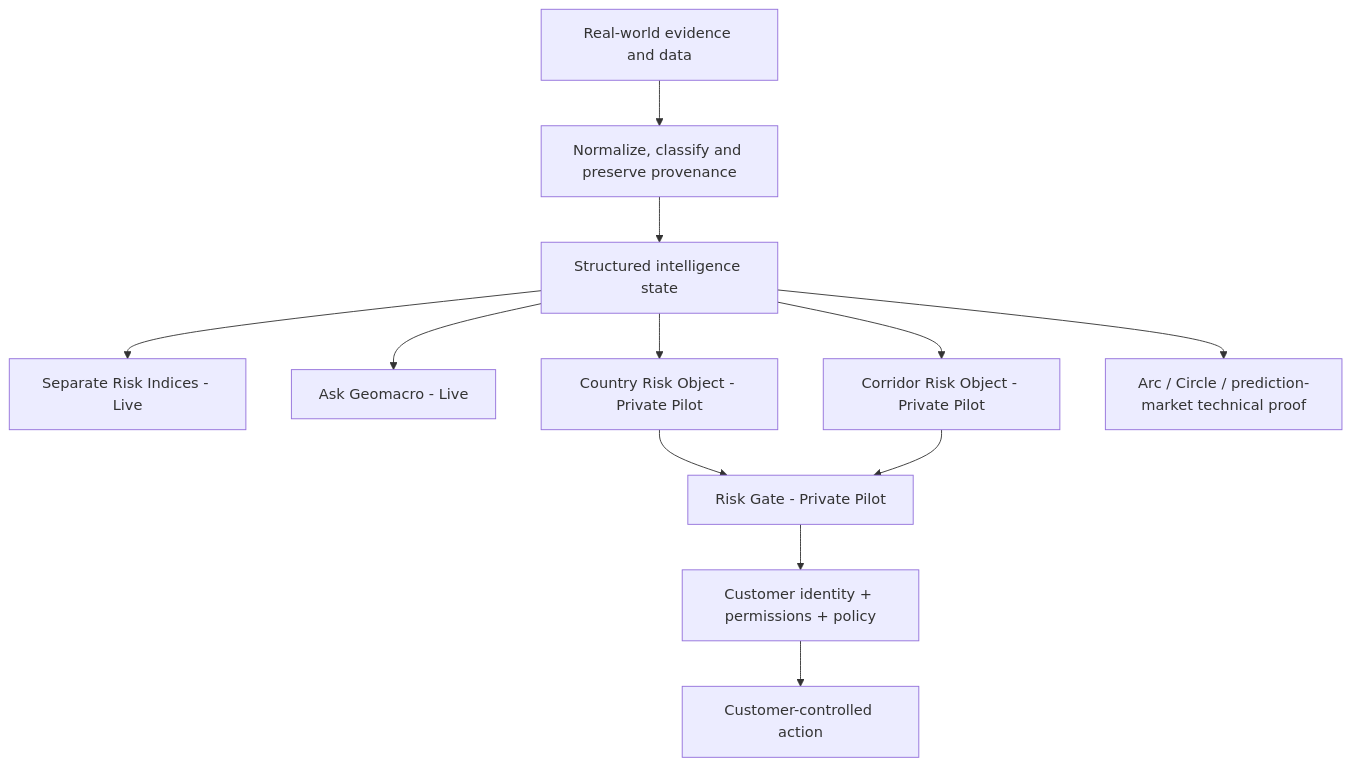
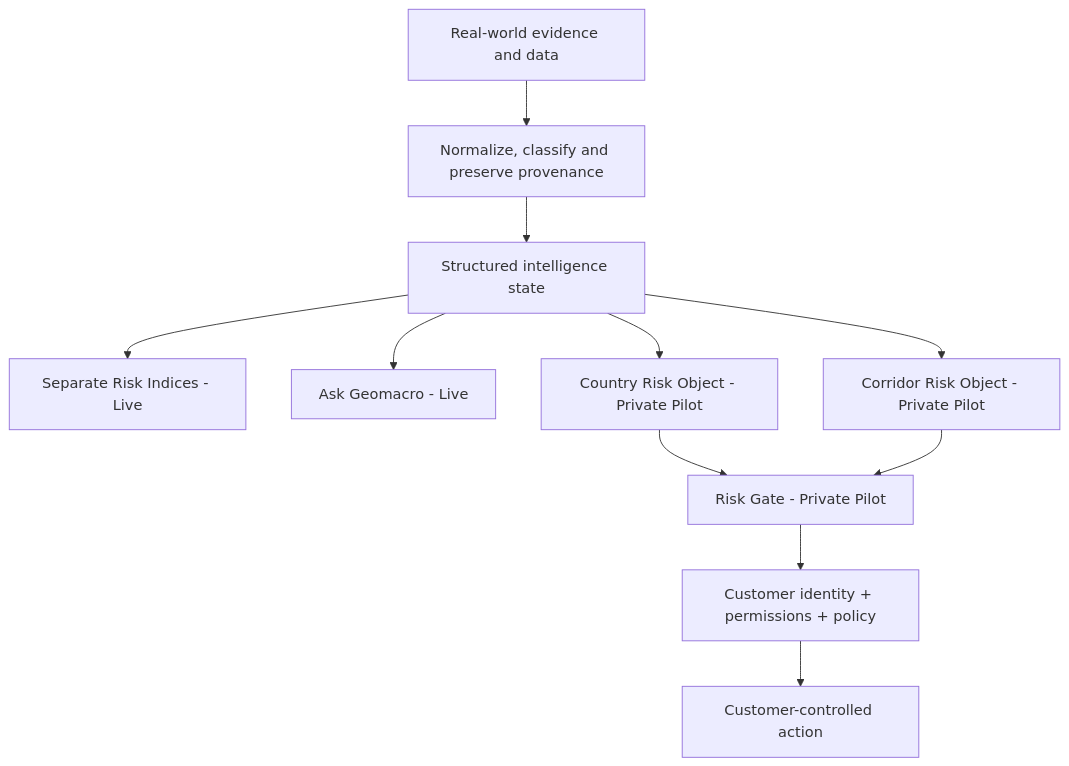
The diagram in src/content/docs/01-what-is-geomacro.md (blocknine0/geomacro), drawn with Mermaid before and after one commit. The commit also changed other lines of this file, not shown here.

````diff
--- a/src/content/docs/01-what-is-geomacro.md
+++ b/src/content/docs/01-what-is-geomacro.md
@@ -11,14 +7,13 @@
 ```mermaid
 flowchart TD
     EVIDENCE["Real-world evidence and data"] --> NORMALIZE["Normalize, classify and preserve provenance"]
     NORMALIZE --> STATE["Structured intelligence state"]
     STATE --> INDICES["Separate Risk Indices - Live"]
     STATE --> ASK["Ask Geomacro - Live"]
     STATE --> COUNTRY["Country Risk Object - Private Pilot"]
     STATE --> CORRIDOR["Corridor Risk Object - Private Pilot"]
     COUNTRY --> GATE["Risk Gate - Private Pilot"]
     CORRIDOR --> GATE
     GATE --> POLICY["Customer identity + permissions + policy"]
     POLICY --> ACTION["Customer-controlled action"]
-    STATE --> TECH["Arc / Circle / prediction-market technical proof"]
 ```
````
